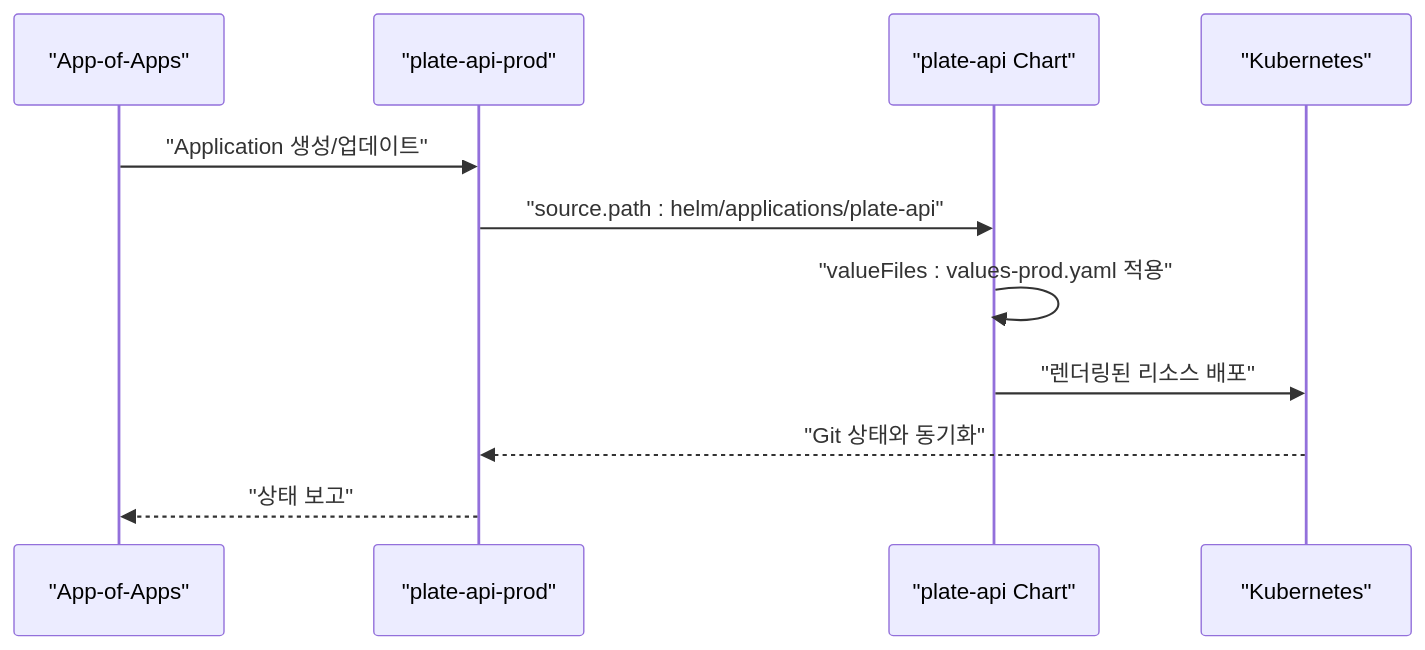
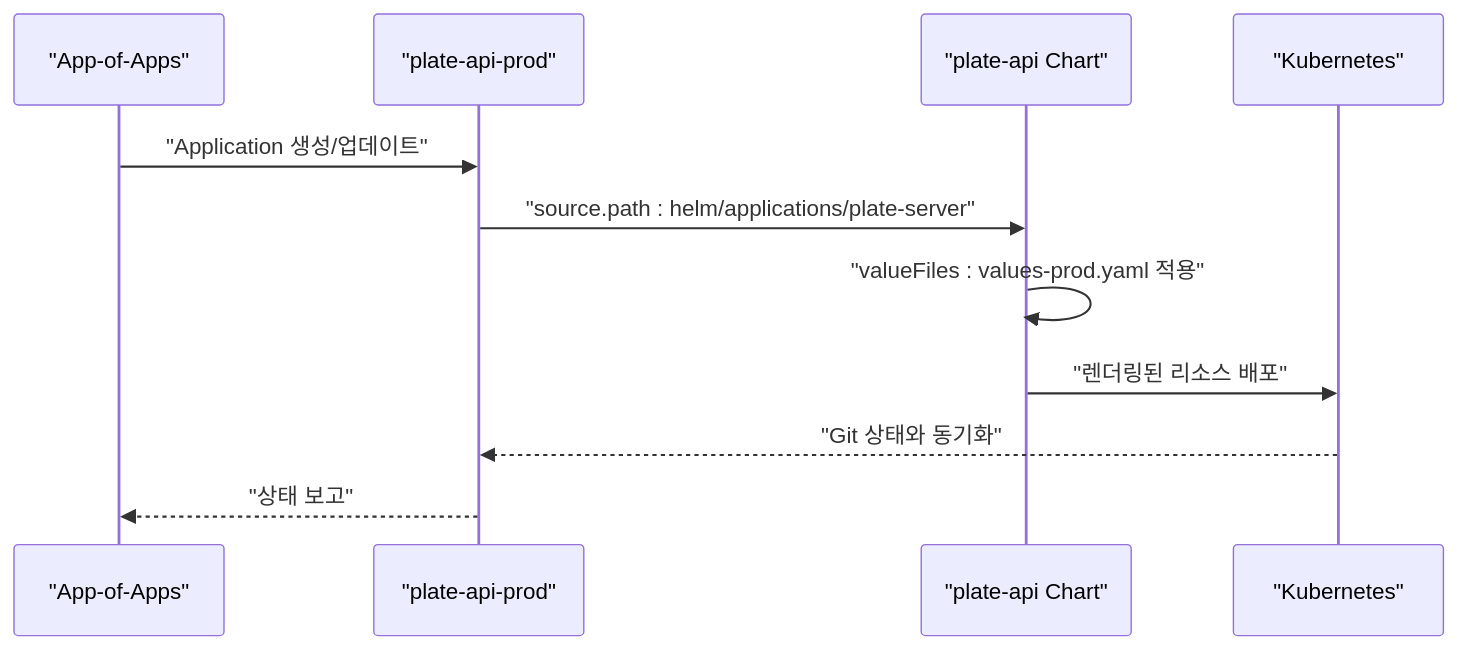
One commit to kimjoongwon/prj-devops changed the fifth of 7 diagrams in .qoder/repowiki/ko/content/기술 아키텍처/설계 패턴/App-of-Apps 패턴.md. Above: the diagram before and after it, drawn with Mermaid. The commit also changed other lines of this file and 60 other files, not shown here.

First line of the commit message:
docs(helm): plate-api 관련 문서의 Helm 경로를 plate-server로 변경

````diff
--- a/.qoder/repowiki/ko/content/기술 아키텍처/설계 패턴/App-of-Apps 패턴.md
+++ b/.qoder/repowiki/ko/content/기술 아키텍처/설계 패턴/App-of-Apps 패턴.md
@@ -191,13 +191,13 @@
 ```mermaid
 sequenceDiagram
 participant AOAO as "App-of-Apps"
 participant App as "plate-api-prod"
 participant Helm as "plate-api Chart"
 participant K8s as "Kubernetes"
 AOAO->>App : "Application 생성/업데이트"
-App->>Helm : "source.path : helm/applications/plate-api"
+App->>Helm : "source.path : helm/applications/plate-server"
 Helm->>Helm : "valueFiles : values-prod.yaml 적용"
 Helm->>K8s : "렌더링된 리소스 배포"
 K8s-->>App : "Git 상태와 동기화"
 App-->>AOAO : "상태 보고"
 ```
````
